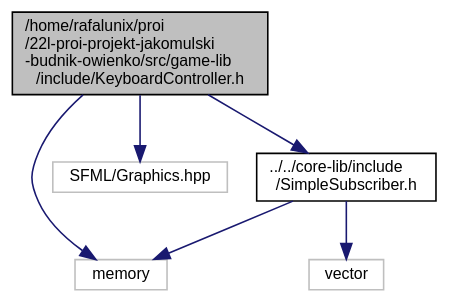
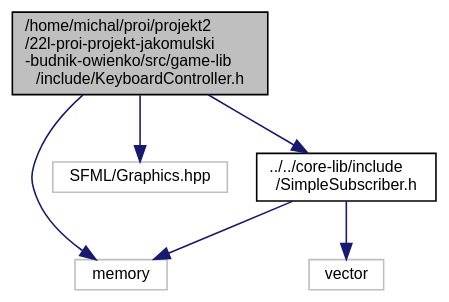
Before and after one commit to SNURTEL/battle-city: the diagram in doc/rtf/_keyboard_controller_8h__incl.dot, drawn with Graphviz. The commit also changed 1284 other files, not shown here.

```diff
--- a/doc/rtf/_keyboard_controller_8h__incl.dot
+++ b/doc/rtf/_keyboard_controller_8h__incl.dot
@@ -1,18 +1,18 @@
-digraph "/home/rafalunix/proi/22l-proi-projekt-jakomulski-budnik-owienko/src/game-lib/include/KeyboardController.h"
+digraph "/home/michal/proi/projekt2/22l-proi-projekt-jakomulski-budnik-owienko/src/game-lib/include/KeyboardController.h"
 {
  // INTERACTIVE_SVG=YES
  // LATEX_PDF_SIZE
   bgcolor="transparent";
   edge [fontname="Helvetica",fontsize="10",labelfontname="Helvetica",labelfontsize="10"];
   node [fontname="Helvetica",fontsize="10",shape=record];
-  Node1 [label="/home/rafalunix/proi\l/22l-proi-projekt-jakomulski\l-budnik-owienko/src/game-lib\l/include/KeyboardController.h",height=0.2,width=0.4,color="black", fillcolor="grey75", style="filled", fontcolor="black",tooltip=" "];
+  Node1 [label="/home/michal/proi/projekt2\l/22l-proi-projekt-jakomulski\l-budnik-owienko/src/game-lib\l/include/KeyboardController.h",height=0.2,width=0.4,color="black", fillcolor="grey75", style="filled", fontcolor="black",tooltip=" "];
   Node1 -> Node2 [color="midnightblue",fontsize="10",style="solid",fontname="Helvetica"];
   Node2 [label="memory",height=0.2,width=0.4,color="grey75",tooltip=" "];
   Node1 -> Node3 [color="midnightblue",fontsize="10",style="solid",fontname="Helvetica"];
   Node3 [label="SFML/Graphics.hpp",height=0.2,width=0.4,color="grey75",tooltip=" "];
   Node1 -> Node4 [color="midnightblue",fontsize="10",style="solid",fontname="Helvetica"];
   Node4 [label="../../core-lib/include\l/SimpleSubscriber.h",height=0.2,width=0.4,color="black",URL="$_simple_subscriber_8h.html",tooltip=" "];
   Node4 -> Node5 [color="midnightblue",fontsize="10",style="solid",fontname="Helvetica"];
   Node5 [label="vector",height=0.2,width=0.4,color="grey75",tooltip=" "];
   Node4 -> Node2 [color="midnightblue",fontsize="10",style="solid",fontname="Helvetica"];
 }
```
